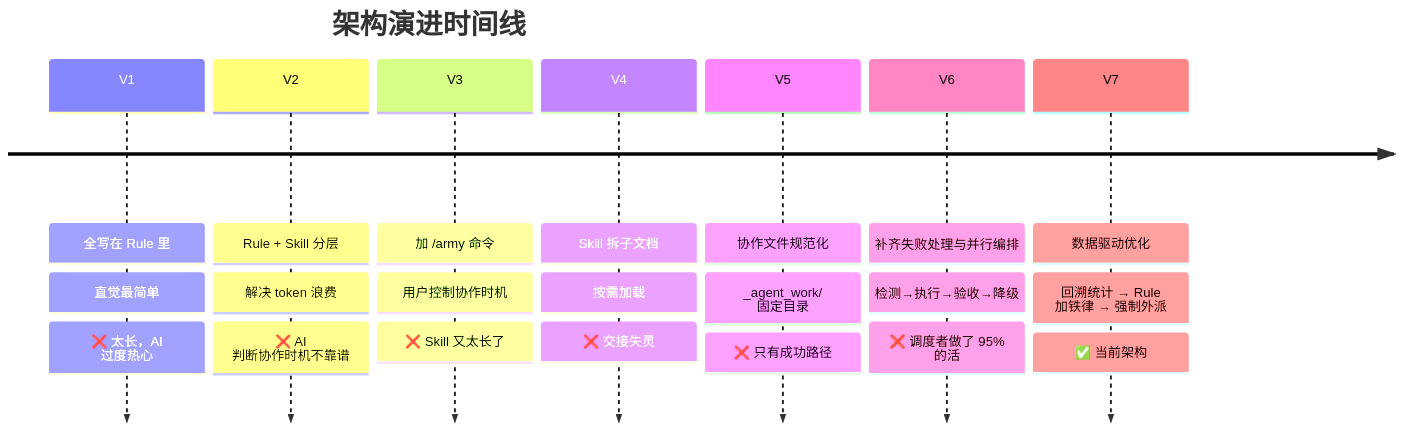
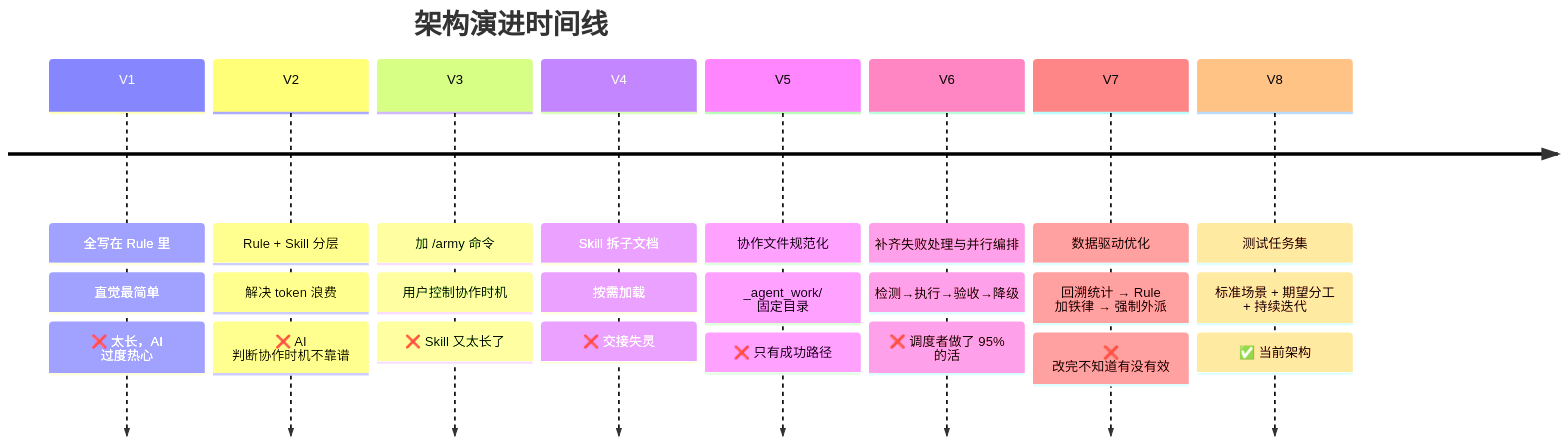
Before and after one commit to JeffLeeIsAGoodMan/agent-army: diagram 16 of 16 in docs/concept.md, drawn with Mermaid. The commit also changed other lines of this file and 2 other files, not shown here.

````diff
--- a/docs/concept.md
+++ b/docs/concept.md
@@ -554,25 +584,28 @@
 ```mermaid
 timeline
   title 架构演进时间线
   V1 : 全写在 Rule 里
      : 直觉最简单
      : ❌ 太长，AI 过度热心
   V2 : Rule + Skill 分层
      : 解决 token 浪费
      : ❌ AI 判断协作时机不靠谱
   V3 : 加 /army 命令
      : 用户控制协作时机
      : ❌ Skill 又太长了
   V4 : Skill 拆子文档
      : 按需加载
      : ❌ 交接失灵
   V5 : 协作文件规范化
      : _agent_work/ 固定目录
      : ❌ 只有成功路径
   V6 : 补齐失败处理与并行编排
      : 检测→执行→验收→降级
      : ❌ 调度者做了 95% 的活
   V7 : 数据驱动优化
      : 回溯统计 → Rule 加铁律 → 强制外派
+     : ❌ 改完不知道有没有效
+  V8 : 测试任务集
+     : 标准场景 + 期望分工 + 持续迭代
      : ✅ 当前架构
 ```
````
